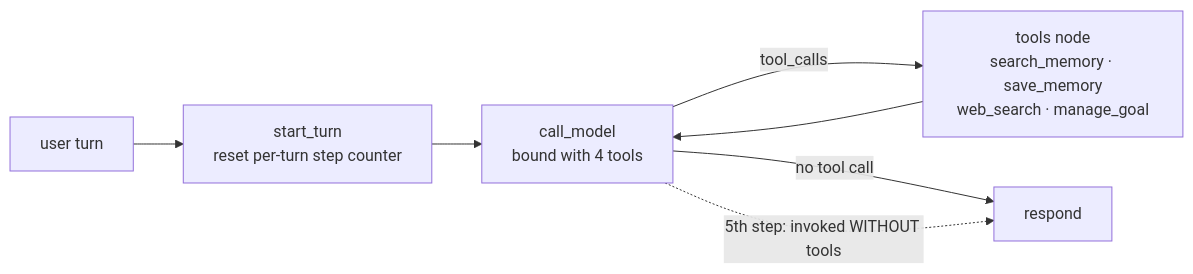
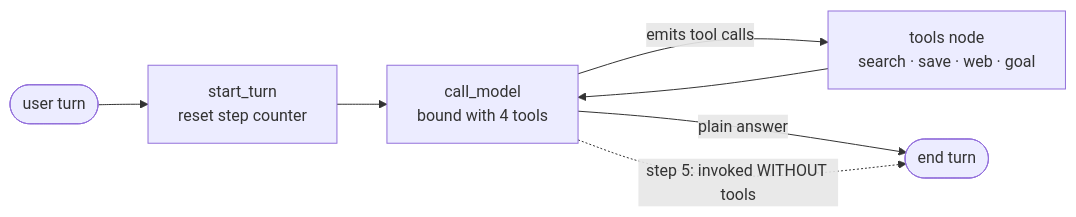
One commit to MANVENDRA-github/sage-agent changed the diagram in README.md. Above: the diagram before and after it, drawn with Mermaid. The commit also changed other lines of this file, not shown here.

Commit message:
docs: rewrite README with setup, architecture, and usage

````diff
--- a/README.md
+++ b/README.md
@@ -113,9 +28,9 @@
 ```mermaid
 flowchart LR
-    U[user turn] --> ST[start_turn<br/>reset per-turn step counter]
+    U([user turn]) --> ST[start_turn<br/>reset step counter]
     ST --> CM[call_model<br/>bound with 4 tools]
-    CM -->|tool_calls| T["tools node<br/>search_memory · save_memory<br/>web_search · manage_goal"]
+    CM -->|emits tool calls| T[tools node<br/>search · save · web · goal]
     T --> CM
-    CM -->|no tool call| RSP[respond]
-    CM -.->|5th step: invoked WITHOUT tools| RSP
+    CM -->|plain answer| E([end turn])
+    CM -.->|step 5: invoked WITHOUT tools| E
 ```
````
